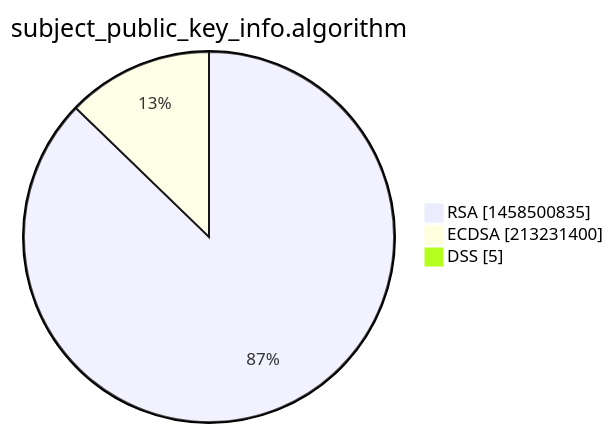
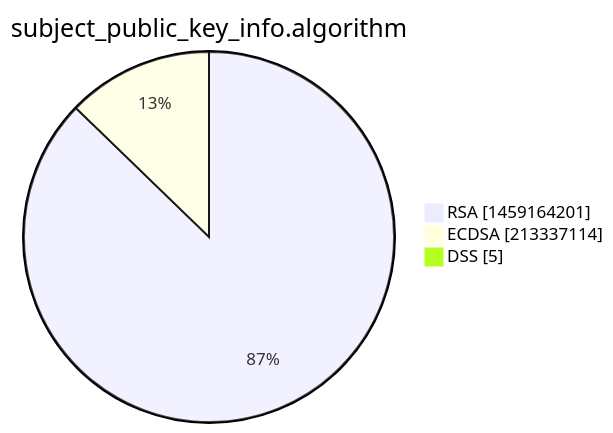
One commit to christiankrug/ctmonitor_visualization changed the third of 15 diagrams in xenon2022/README.md. Above: the diagram before and after it, drawn with Mermaid. The commit also changed other lines of this file, not shown here.

````diff
--- a/xenon2022/README.md
+++ b/xenon2022/README.md
@@ -14,7 +14,7 @@
 ```mermaid
 pie showData
 title subject_public_key_info.algorithm
-"RSA" :1458500835
-"ECDSA" :213231400
+"RSA" :1459164201
+"ECDSA" :213337114
 "DSS" :5
 ```
````
